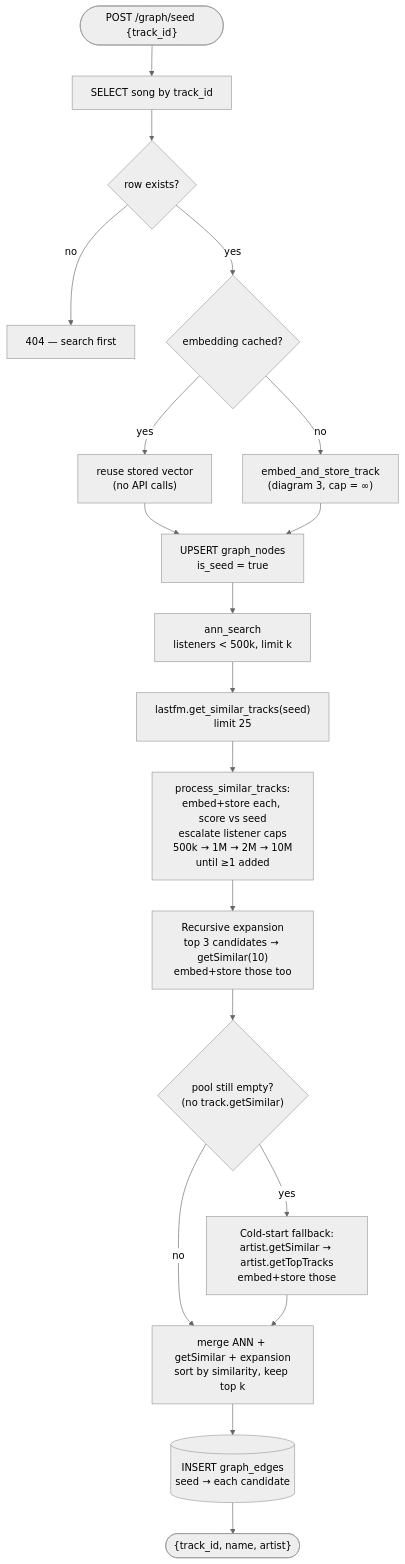
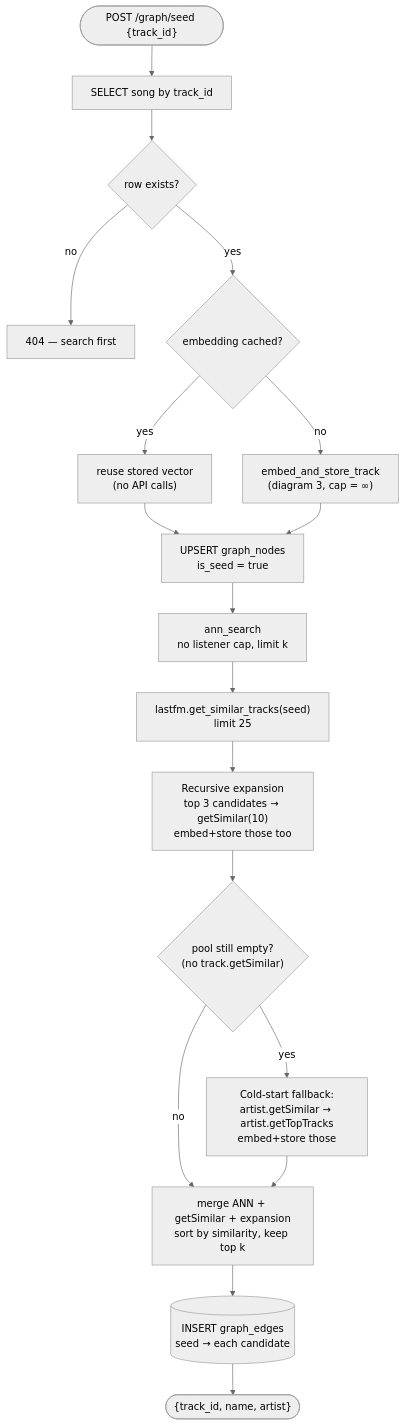
Before and after one commit to pedro-boudoux/pyo: the sixth of 13 diagrams in ARCHITECTURE.md, drawn with Mermaid (neutral theme). The commit also changed other lines of this file and 11 other files, not shown here.

First line of the commit message:
Remove the listener cap from recommendations

````diff
--- a/ARCHITECTURE.md
+++ b/ARCHITECTURE.md
@@ -262,27 +262,25 @@
 ```mermaid
 flowchart TD
     req(["POST /graph/seed {track_id}"]) --> lookup["SELECT song by track_id"]
     lookup --> exist{"row exists?"}
     exist -->|no| e404["404 — search first"]
     exist -->|yes| cached{"embedding cached?"}
 
     cached -->|yes| reuse["reuse stored vector<br/>(no API calls)"]
     cached -->|no| build["embed_and_store_track<br/>(diagram 3, cap = ∞)"]
 
     reuse --> node
     build --> node["UPSERT graph_nodes<br/>is_seed = true"]
 
-    node --> ann["ann_search<br/>listeners < 500k, limit k"]
+    node --> ann["ann_search<br/>no listener cap, limit k"]
     ann --> simseed["lastfm.get_similar_tracks(seed)<br/>limit 25"]
 
-    simseed --> escalate["process_similar_tracks:<br/>embed+store each, score vs seed<br/>escalate listener caps<br/>500k → 1M → 2M → 10M<br/>until ≥1 added"]
-
-    escalate --> expand["Recursive expansion<br/>top 3 candidates → getSimilar(10)<br/>embed+store those too"]
+    simseed --> expand["Recursive expansion<br/>top 3 candidates → getSimilar(10)<br/>embed+store those too"]
 
     expand --> coldcheck{"pool still empty?<br/>(no track.getSimilar)"}
     coldcheck -->|yes| fallback["Cold-start fallback:<br/>artist.getSimilar → artist.getTopTracks<br/>embed+store those"]
     coldcheck -->|no| rank
     fallback --> rank["merge ANN + getSimilar + expansion<br/>sort by similarity, keep top k"]
     rank --> edges[("INSERT graph_edges<br/>seed → each candidate")]
     edges --> done(["{track_id, name, artist}"])
 ```
````
